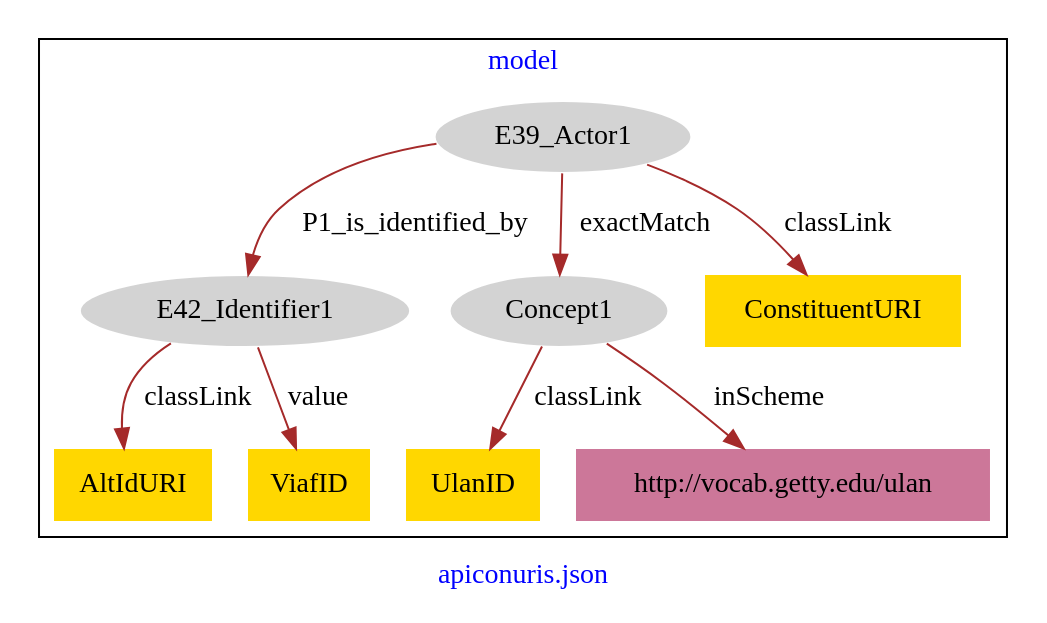
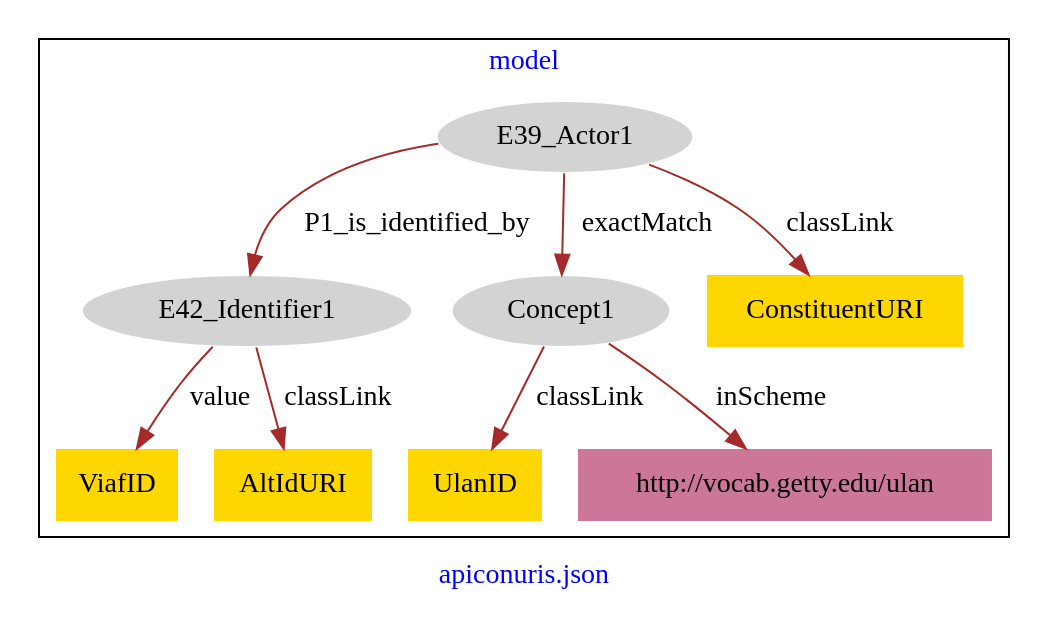
Before and after one commit to american-art/PUAM: the diagram in apiconuris/apiconuris-model.dot, drawn with Graphviz.

Commit message:
Update file apiconuris-model.dot

```diff
--- a/apiconuris/apiconuris-model.dot
+++ b/apiconuris/apiconuris-model.dot
@@ -1,23 +1,23 @@
 digraph n0 {
 fontcolor="blue"
 remincross="true"
 label="apiconuris.json"
 subgraph cluster {
 label="model"
 n2[style="filled",color="white",fillcolor="lightgray",label="E39_Actor1"];
 n3[style="filled",color="white",fillcolor="lightgray",label="E42_Identifier1"];
 n4[style="filled",color="white",fillcolor="lightgray",label="Concept1"];
-n5[shape="plaintext",style="filled",fillcolor="gold",label="AltIdURI"];
-n6[shape="plaintext",style="filled",fillcolor="gold",label="ConstituentURI"];
-n7[shape="plaintext",style="filled",fillcolor="gold",label="ViafID"];
-n8[shape="plaintext",style="filled",fillcolor="gold",label="UlanID"];
+n5[shape="plaintext",style="filled",fillcolor="gold",label="UlanID"];
+n6[shape="plaintext",style="filled",fillcolor="gold",label="ViafID"];
+n7[shape="plaintext",style="filled",fillcolor="gold",label="ConstituentURI"];
+n8[shape="plaintext",style="filled",fillcolor="gold",label="AltIdURI"];
 n9[shape="plaintext",style="filled",fillcolor="#CC7799",label="http://vocab.getty.edu/ulan"];
 }
 n2 -> n3[color="brown",fontcolor="black",label="P1_is_identified_by"]
 n2 -> n4[color="brown",fontcolor="black",label="exactMatch"]
-n3 -> n5[color="brown",fontcolor="black",label="classLink"]
-n2 -> n6[color="brown",fontcolor="black",label="classLink"]
-n3 -> n7[color="brown",fontcolor="black",label="value"]
-n4 -> n8[color="brown",fontcolor="black",label="classLink"]
+n4 -> n5[color="brown",fontcolor="black",label="classLink"]
+n3 -> n6[color="brown",fontcolor="black",label="value"]
+n2 -> n7[color="brown",fontcolor="black",label="classLink"]
+n3 -> n8[color="brown",fontcolor="black",label="classLink"]
 n4 -> n9[color="brown",fontcolor="black",label="inScheme"]
 }
```
